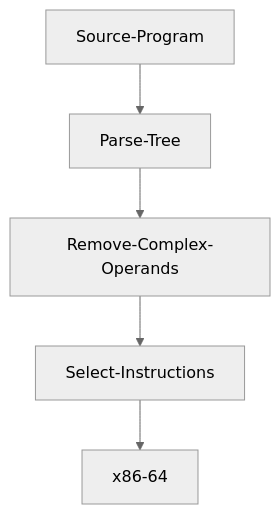
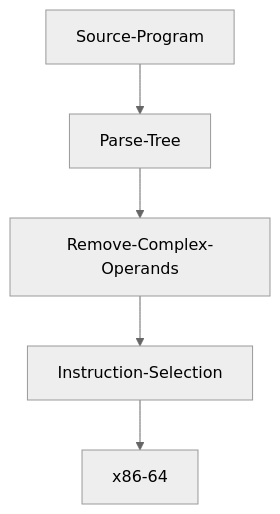
One commit to Jobhdez/core changed the diagram in README.md. Above: the diagram before and after it, drawn with Mermaid (neutral theme).

````diff
--- a/README.md
+++ b/README.md
@@ -10,7 +10,7 @@
 ```mermaid
 graph TD;
     Source-Program-->Parse-Tree;
     Parse-Tree-->Remove-Complex-Operands;
-    Remove-Complex-Operands-->Select-Instructions;
-    Select-Instructions-->x86-64;
+    Remove-Complex-Operands-->Instruction-Selection;
+    Instruction-Selection-->x86-64;
 ```
````
